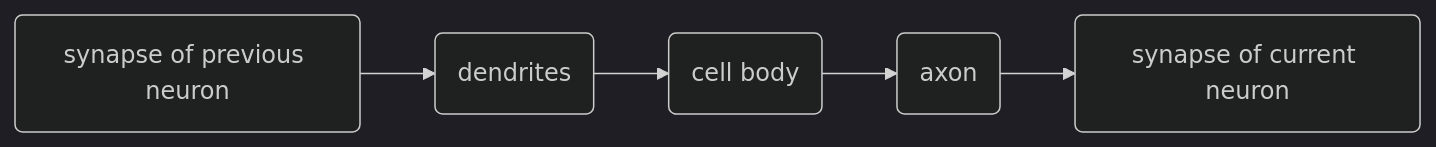
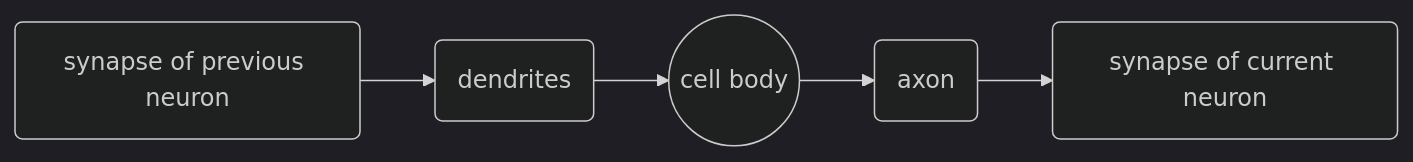
Before and after one commit to afondiel/computer-science-notebook: the first of 2 diagrams in ai/ml-notes/deep-learning-notes/dl-notes.md, drawn with Mermaid (dark theme).

Commit message:
Happy New Year 2023: update biological neuron graph

````diff
--- a/ai/ml-notes/deep-learning-notes/dl-notes.md
+++ b/ai/ml-notes/deep-learning-notes/dl-notes.md
@@ -11,7 +11,7 @@
 ```mermaid
   graph LR;
     A(synapse of previous neuron)-->B(dendrites);
-    B-->C(cell body);
+    B-->C((cell body));
     C-->D(axon);    
     D-->E(synapse of current neuron);
 ```
````
